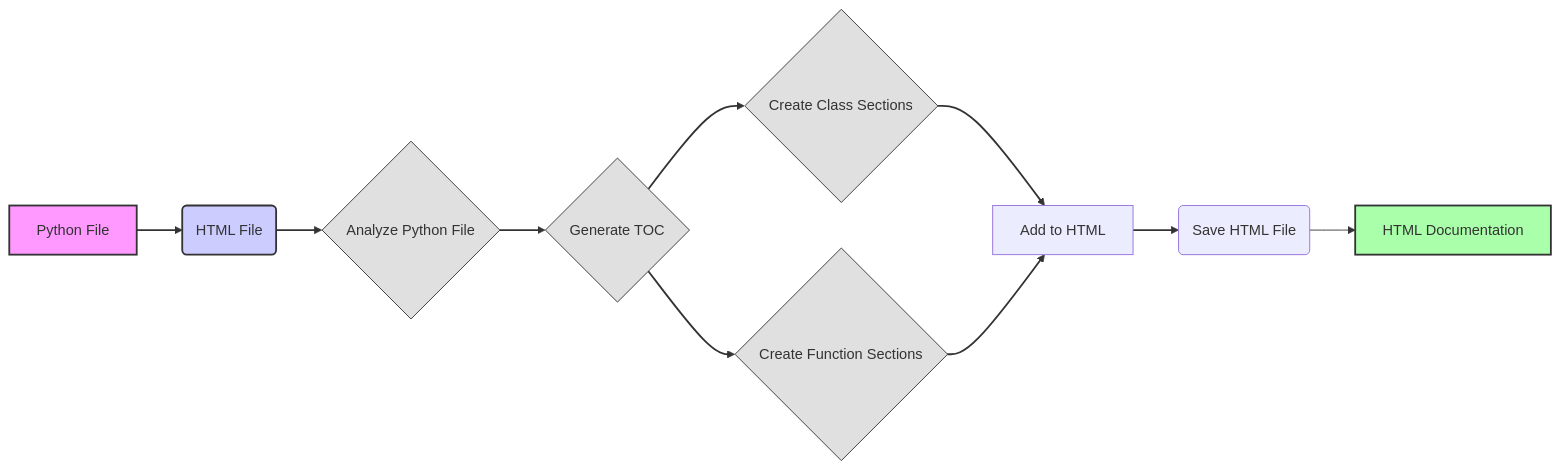
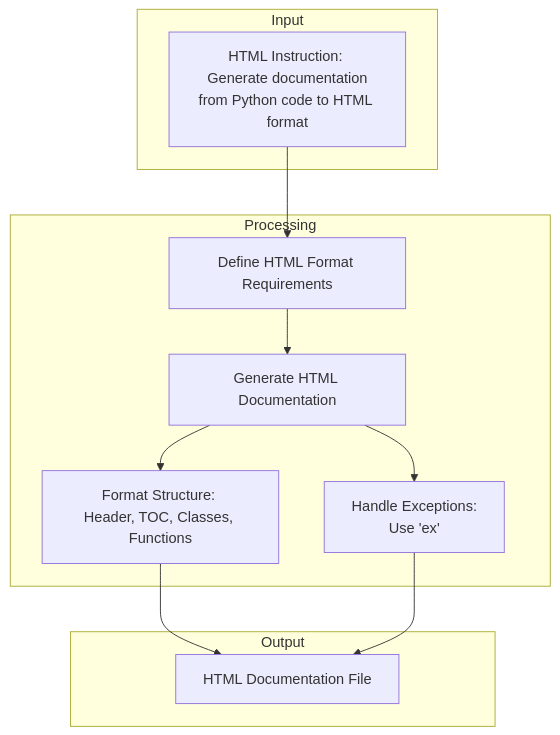
One commit to hypo69/hypo changed the diagram in docs/gemini/ru/explainer/src/endpoints/hypo69/code_assistant/instructions/instruction_doc_writer_html_en.md.md. Above: the diagram before and after it, drawn with Mermaid. The commit also changed other lines of this file and 6031 other files, not shown here.

````diff
--- a/docs/gemini/ru/explainer/src/endpoints/hypo69/code_assistant/instructions/instruction_doc_writer_html_en.md.md
+++ b/docs/gemini/ru/explainer/src/endpoints/hypo69/code_assistant/instructions/instruction_doc_writer_html_en.md.md
@@ -49,21 +39,24 @@
 ```mermaid
-graph LR
-    A[Python File] --> B(HTML File);
-    B --> C{Analyze Python File};
-    C --> D{Generate TOC};
-    D --> E{Create Class Sections};
-    D --> F{Create Function Sections};
-    E --> G[Add to HTML];
-    F --> G;
-    G --> H(Save HTML File);
-    H --> I[HTML Documentation];
-
-    style A fill:#f9f,stroke:#333,stroke-width:2px
-    style B fill:#ccf,stroke:#333,stroke-width:2px
-    style I fill:#afa,stroke:#333,stroke-width:2px
+flowchart TD
+    subgraph Input
+        A[HTML Instruction: <br> Generate documentation from Python code to HTML format]
+    end
     
-    classDef flow fill:#e0e0e0,stroke:#333
-    class C,D,E,F flow
+    subgraph Processing
+        B[Define HTML Format Requirements]
+        C[Generate HTML Documentation]
+        D[Format Structure: <br>Header, TOC, Classes, Functions]
+        E[Handle Exceptions: <br> Use 'ex' ]
+    end
     
-    linkStyle 0,1,2,3,4,5,6,7 stroke:#333,stroke-width:2px
+    subgraph Output
+        F[HTML Documentation File]
+    end
+    
+    A --> B
+    B --> C
+    C --> D
+    C --> E
+    D --> F
+    E --> F
 ```
````
